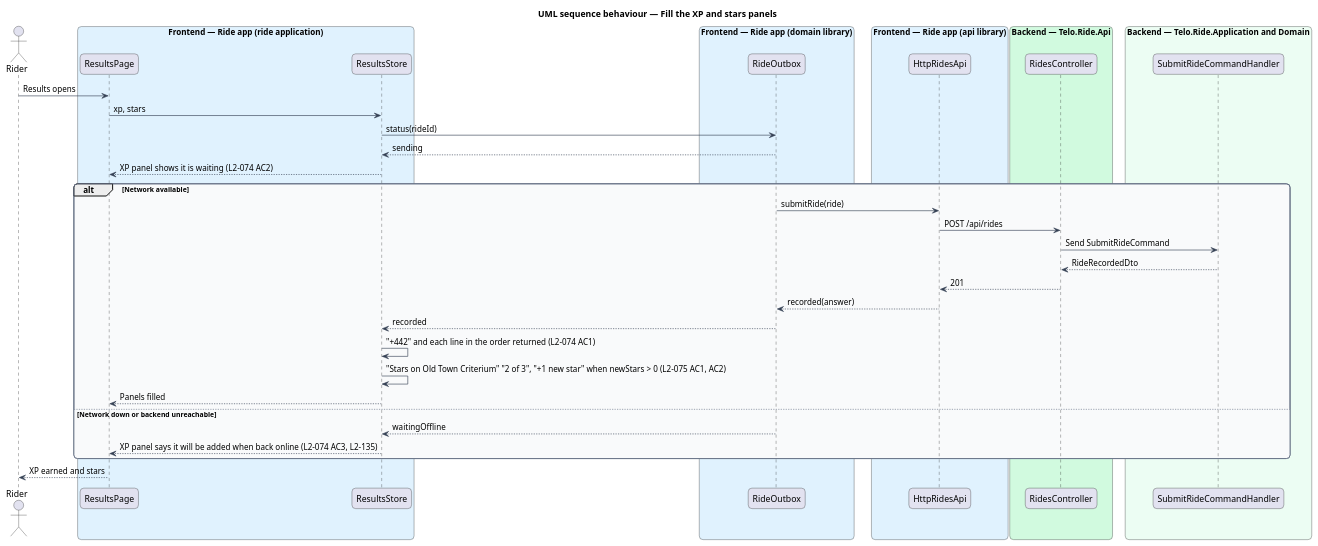
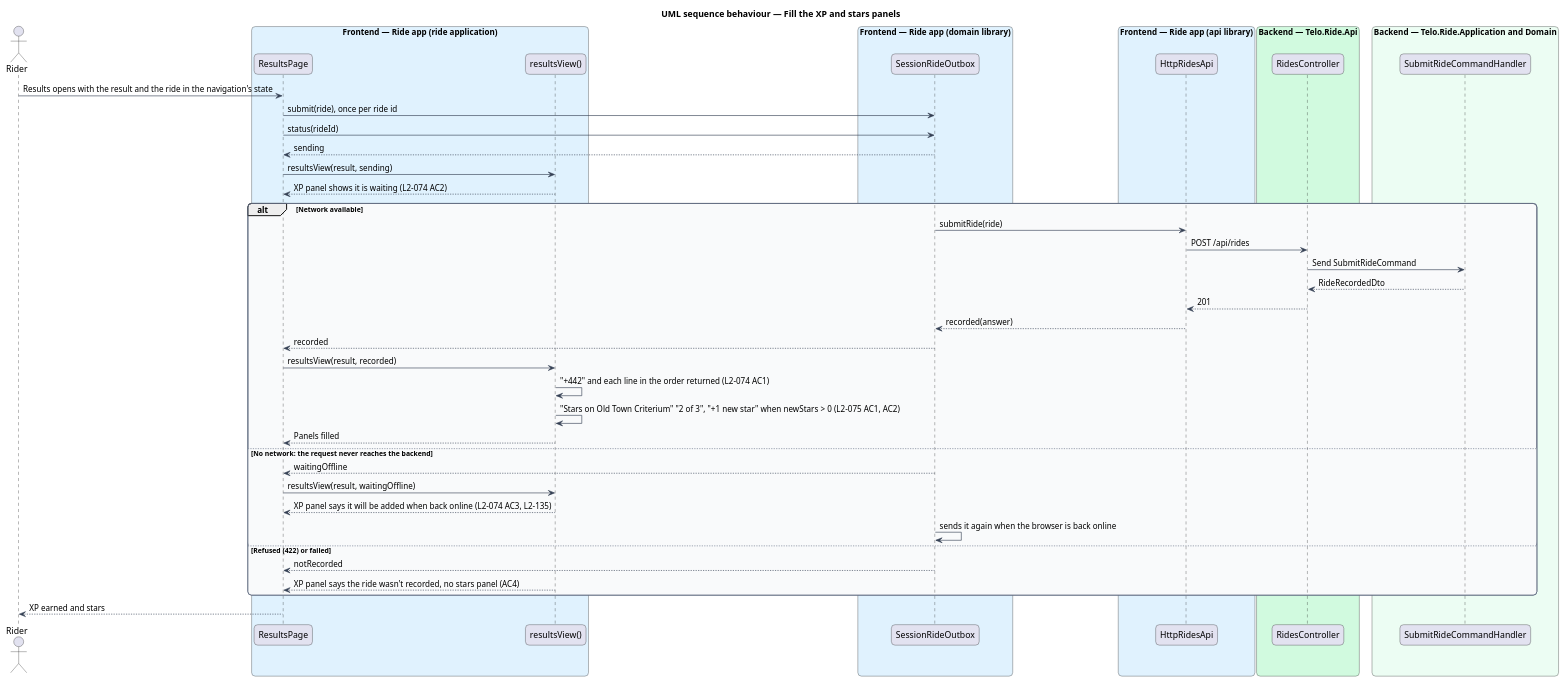
Before and after one commit to QuinntyneBrown/ride-one: the diagram in docs/detailed-designs/results/show-xp-stars-and-personal-best/diagrams/sequence-fill-xp-and-stars.puml, drawn with PlantUML. The commit also changed 23 other files, not shown here.

First line of the commit message:
Align slice 11.2: XP panel states, a slower solo race, the outbox

```diff
--- a/docs/detailed-designs/results/show-xp-stars-and-personal-best/diagrams/sequence-fill-xp-and-stars.puml
+++ b/docs/detailed-designs/results/show-xp-stars-and-personal-best/diagrams/sequence-fill-xp-and-stars.puml
@@ -1,55 +1,62 @@
 @startuml
 title UML sequence behaviour — Fill the XP and stars panels
 skinparam backgroundColor #FFFFFF
 skinparam shadowing false
 skinparam roundcorner 12
 skinparam defaultFontName Arial
 skinparam ArrowColor #344054
 skinparam rectangle {
   BorderColor #344054
   FontColor #101828
 }
 skinparam package {
   BorderColor #667085
   FontColor #101828
   BackgroundColor #F9FAFB
 }
 actor "Rider" as actor
 box "Frontend — Ride app (ride application)" #E0F2FE
   participant "ResultsPage" as page
-  participant "ResultsStore" as store
+  participant "resultsView()" as store
 end box
 box "Frontend — Ride app (domain library)" #E0F2FE
-  participant "RideOutbox" as outbox
+  participant "SessionRideOutbox" as outbox
 end box
 box "Frontend — Ride app (api library)" #E0F2FE
   participant "HttpRidesApi" as client
 end box
 box "Backend — Telo.Ride.Api" #D1FADF
   participant "RidesController" as ctrl
 end box
 box "Backend — Telo.Ride.Application and Domain" #ECFDF3
   participant "SubmitRideCommandHandler" as handler
 end box
-actor -> page : Results opens
-page -> store : xp, stars
-store -> outbox : status(rideId)
-outbox --> store : sending
+actor -> page : Results opens with the result and the ride in the navigation's state
+page -> outbox : submit(ride), once per ride id
+page -> outbox : status(rideId)
+outbox --> page : sending
+page -> store : resultsView(result, sending)
 store --> page : XP panel shows it is waiting (L2-074 AC2)
 alt Network available
   outbox -> client : submitRide(ride)
   client -> ctrl : POST /api/rides
   ctrl -> handler : Send SubmitRideCommand
   handler --> ctrl : RideRecordedDto
   ctrl --> client : 201
   client --> outbox : recorded(answer)
-  outbox --> store : recorded
+  outbox --> page : recorded
+  page -> store : resultsView(result, recorded)
   store -> store : "+442" and each line in the order returned (L2-074 AC1)
   store -> store : "Stars on Old Town Criterium" "2 of 3", "+1 new star" when newStars > 0 (L2-075 AC1, AC2)
   store --> page : Panels filled
-else Network down or backend unreachable
-  outbox --> store : waitingOffline
+else No network: the request never reaches the backend
+  outbox --> page : waitingOffline
+  page -> store : resultsView(result, waitingOffline)
   store --> page : XP panel says it will be added when back online (L2-074 AC3, L2-135)
+  outbox -> outbox : sends it again when the browser is back online
+else Refused (422) or failed
+  outbox --> page : notRecorded
+  store --> page : XP panel says the ride wasn't recorded, no stars panel (AC4)
 end
 page --> actor : XP earned and stars
 @enduml
```
